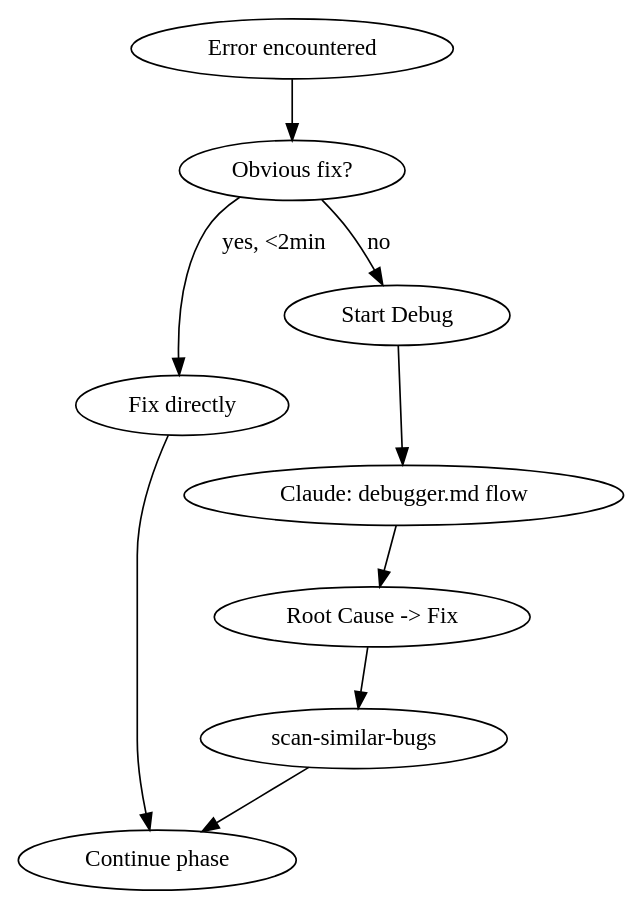
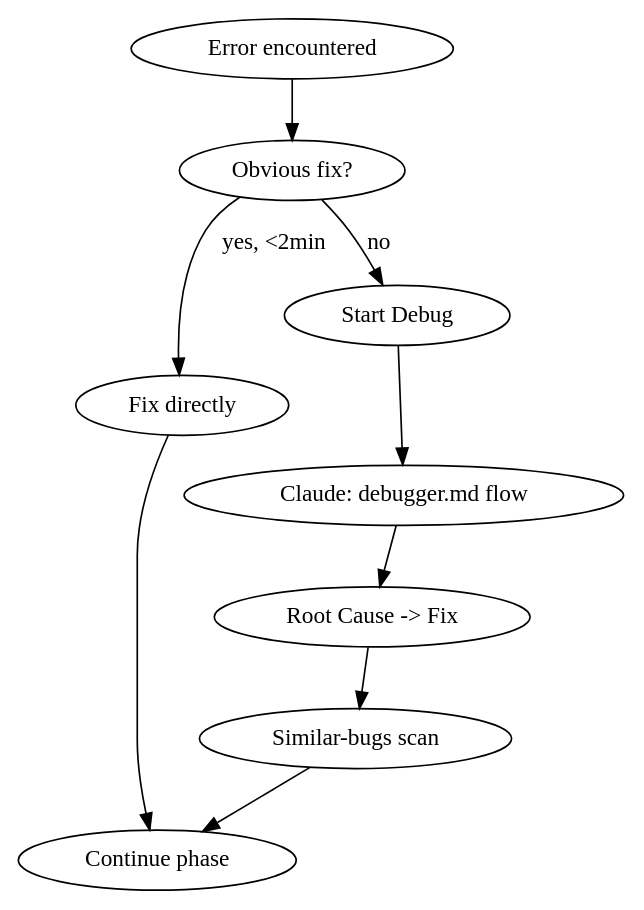
Before and after one commit to culfin/claude-skills-public: the diagram in dev/commands.md, drawn with Graphviz. The commit also changed other lines of this file and 36 other files, not shown here.

````diff
--- a/dev/commands.md
+++ b/dev/commands.md
@@ -95,12 +95,12 @@
 ```dot
 digraph debug_decision {
   "Error encountered" -> "Obvious fix?" [label=""];
   "Obvious fix?" -> "Fix directly" [label="yes, <2min"];
   "Obvious fix?" -> "Start Debug" [label="no"];
   "Fix directly" -> "Continue phase";
   "Start Debug" -> "Claude: debugger.md flow";
   "Claude: debugger.md flow" -> "Root Cause -> Fix";
-  "Root Cause -> Fix" -> "scan-similar-bugs";
-  "scan-similar-bugs" -> "Continue phase";
+  "Root Cause -> Fix" -> "Similar-bugs scan";
+  "Similar-bugs scan" -> "Continue phase";
 }
 ```
````
